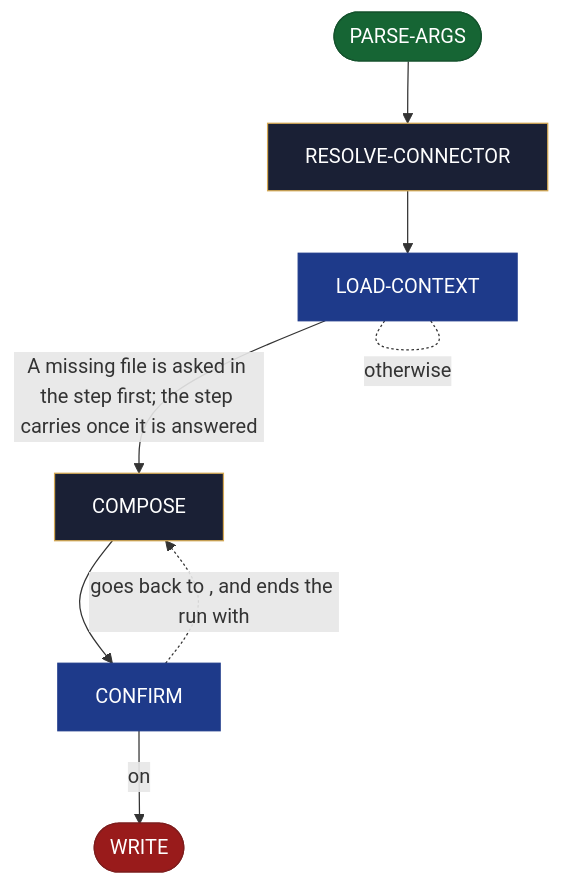
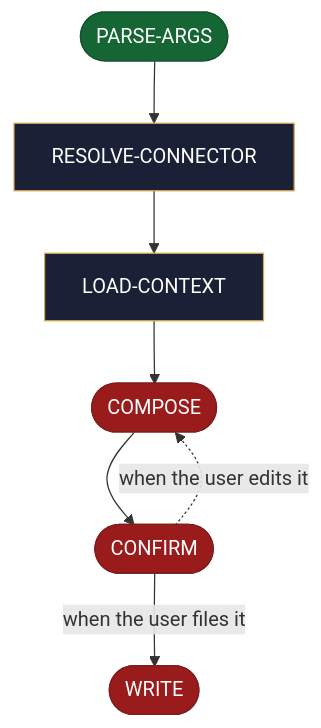
The diagram in site/src/content/docs/skills/aid-update-ticket.md (AndreVianna/aid-methodology), drawn with Mermaid before and after one commit. The commit also changed other lines of this file and 251 other files, not shown here.

````diff
--- a/site/src/content/docs/skills/aid-update-ticket.md
+++ b/site/src/content/docs/skills/aid-update-ticket.md
@@ -22,34 +22,33 @@
 ```mermaid
 flowchart TB
   classDef aidNode color:#fff
   classDef aidEntry fill:#166534,stroke:#14532d,color:#fff
   classDef aidExit fill:#991b1b,stroke:#7f1d1d,color:#fff
   classDef aidDecision fill:#92400e,stroke:#78350f,color:#fff
   classDef aidLoopBack fill:#1e3a8a,stroke:#1e3a8a,color:#fff
   classDef aidStep fill:#1a2035,stroke:#d4a853,color:#f1f5f9
   n1(["PARSE-ARGS"])
   n2["RESOLVE-CONNECTOR"]
   n3["LOAD-CONTEXT"]
-  n4["COMPOSE"]
-  n5["CONFIRM"]
+  n4(["COMPOSE"])
+  n5(["CONFIRM"])
   n6(["WRITE"])
   n1 --> n2
   n2 --> n3
-  n3 -. "otherwise" .- n3
-  n3 -->|"A missing file is asked in the step first; the step carries once it is answered"| n4
+  n3 --> n4
   n4 --> n5
-  n5 -. "goes back to , and ends the run with" .-> n4
-  n5 -->|"on"| n6
+  n5 -. "when the user edits it" .-> n4
+  n5 -->|"when the user files it"| n6
   class n1 aidEntry
   class n2 aidStep
-  class n3 aidLoopBack
-  class n4 aidStep
-  class n5 aidLoopBack
+  class n3 aidStep
+  class n4 aidExit
+  class n5 aidExit
   class n6 aidExit
   class n1 aidNode
   class n2 aidNode
   class n3 aidNode
   class n4 aidNode
   class n5 aidNode
   class n6 aidNode
 ```
````
